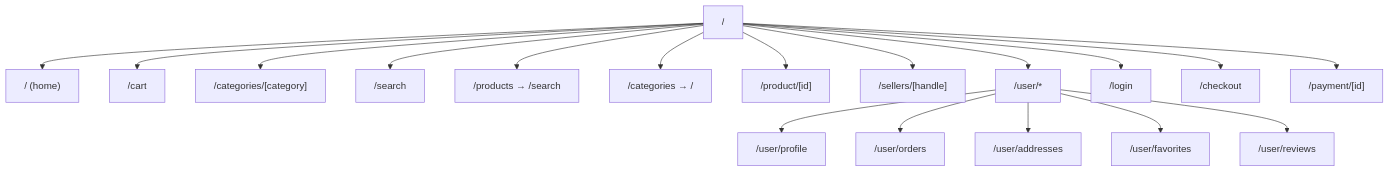
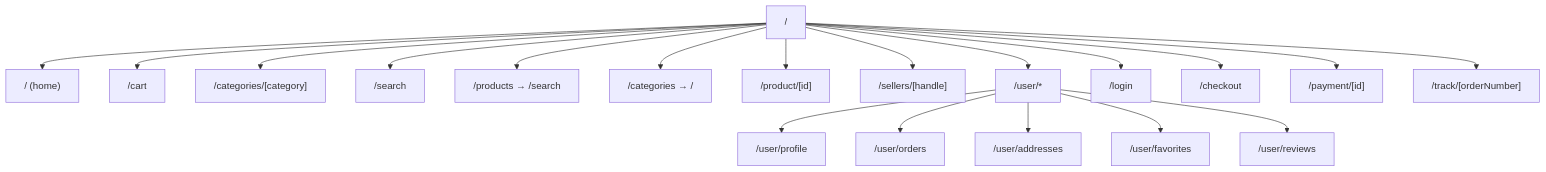
The diagram in docs/routing.md (SOPet-Co-Ltd/new-sopet-storefront), drawn with Mermaid before and after one commit. The commit also changed other lines of this file and 35 other files, not shown here.

````diff
--- a/docs/routing.md
+++ b/docs/routing.md
@@ -7,22 +7,23 @@
 ```mermaid
 flowchart TD
   ROOT["/"]
   ROOT --> HOME["/ (home)"]
   ROOT --> CART["/cart"]
   ROOT --> CAT["/categories/[category]"]
   ROOT --> SEARCH["/search"]
   ROOT --> PROD_LIST["/products → /search"]
   ROOT --> CAT_INDEX["/categories → /"]
   ROOT --> PROD["/product/[id]"]
   ROOT --> SELLER["/sellers/[handle]"]
   ROOT --> USER["/user/*"]
   ROOT --> LOGIN["/login"]
   ROOT --> CHECKOUT["/checkout"]
   ROOT --> PAYMENT["/payment/[id]"]
+  ROOT --> TRACK["/track/[orderNumber]"]
 
   USER --> PROFILE["/user/profile"]
   USER --> ORDERS["/user/orders"]
   USER --> ADDR["/user/addresses"]
   USER --> FAV["/user/favorites"]
   USER --> REV["/user/reviews"]
 ```
````
